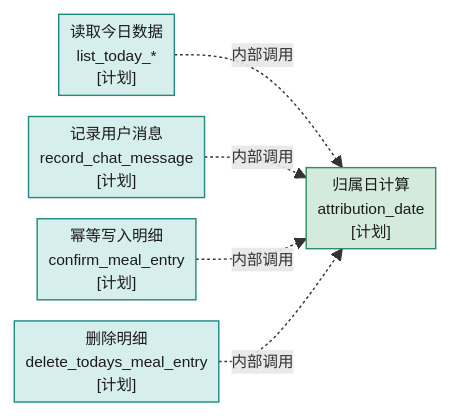
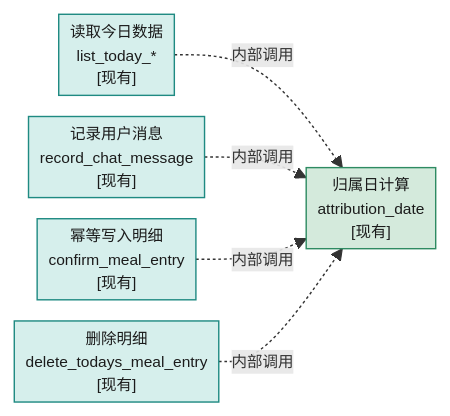
Before and after one commit to Yoki-SyZhang/diet-app: the second of 3 diagrams in tasks/flow_charts/01_09_write_path.md, drawn with Mermaid. The commit also changed other lines of this file and 4 other files, not shown here.

First line of the commit message:
1.9 收尾:STATUS 勾完成,flow_charts 映射改[现有]并补新增环节

````diff
--- a/tasks/flow_charts/01_09_write_path.md
+++ b/tasks/flow_charts/01_09_write_path.md
@@ -110,14 +118,14 @@
 ```mermaid
 %%{init: {'themeVariables': {'fontSize': '11px'}, 'flowchart': {'nodeSpacing': 15, 'rankSpacing': 18, 'padding': 4}}}%%
 flowchart LR
-    ATTR["归属日计算<br/>attribution_date<br/>[计划]"]
-    READ["读取今日数据<br/>list_today_*<br/>[计划]"] -.内部调用.-> ATTR
-    REC["记录用户消息<br/>record_chat_message<br/>[计划]"] -.内部调用.-> ATTR
-    F["幂等写入明细<br/>confirm_meal_entry<br/>[计划]"] -.内部调用.-> ATTR
-    DELFUNC["删除明细<br/>delete_todays_meal_entry<br/>[计划]"] -.内部调用.-> ATTR
+    ATTR["归属日计算<br/>attribution_date<br/>[现有]"]
+    READ["读取今日数据<br/>list_today_*<br/>[现有]"] -.内部调用.-> ATTR
+    REC["记录用户消息<br/>record_chat_message<br/>[现有]"] -.内部调用.-> ATTR
+    F["幂等写入明细<br/>confirm_meal_entry<br/>[现有]"] -.内部调用.-> ATTR
+    DELFUNC["删除明细<br/>delete_todays_meal_entry<br/>[现有]"] -.内部调用.-> ATTR
 
     classDef service fill:#D4EADC,stroke:#2E8B62,color:#1b1b1b;
     classDef db fill:#D6EFEC,stroke:#1F8A82,color:#1b1b1b;
     class ATTR service;
     class READ,REC,F,DELFUNC db;
 ```
````
